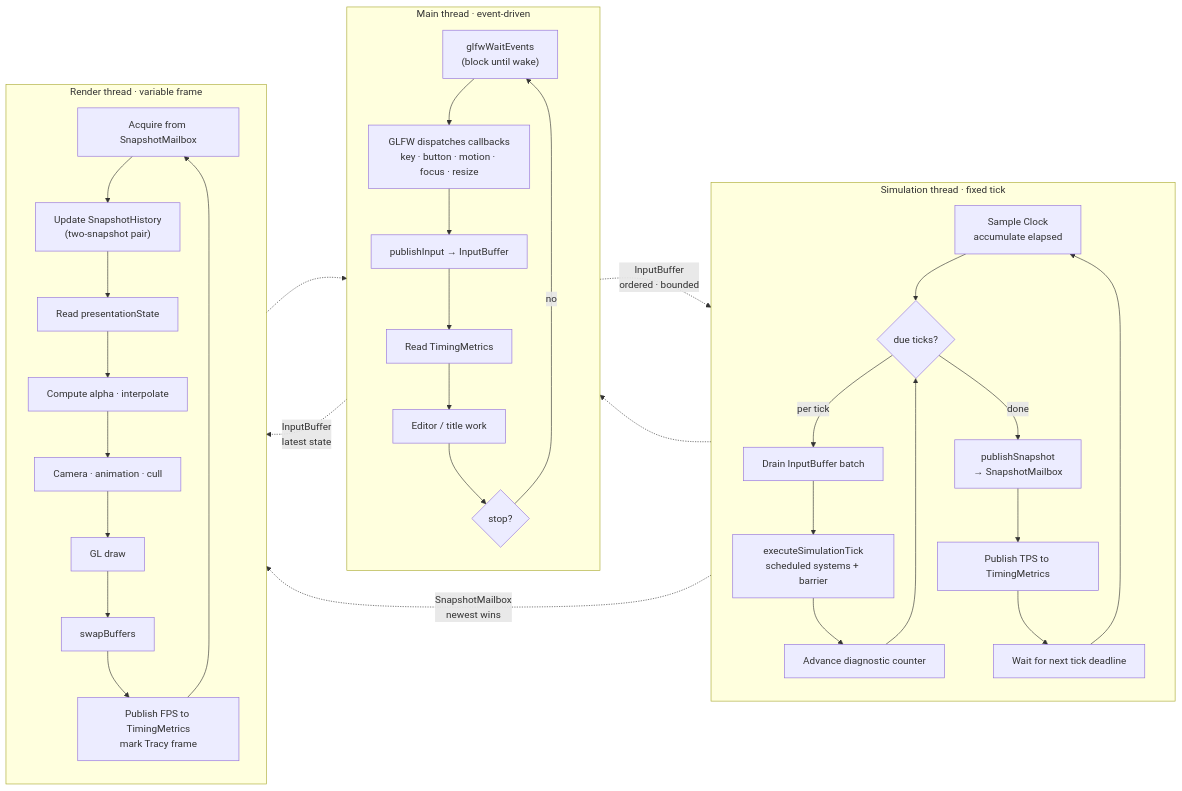
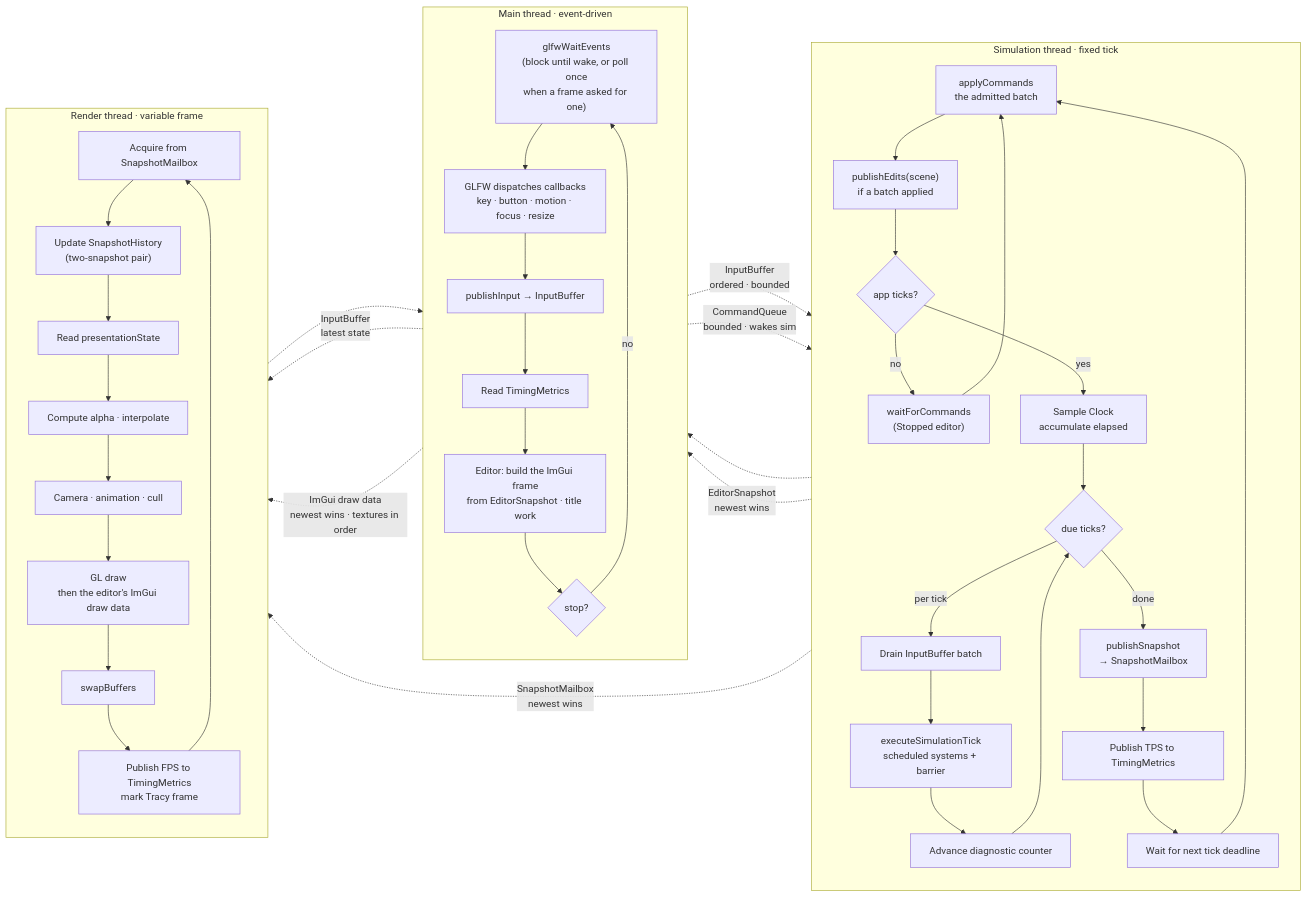
The first of 2 diagrams in 04 Design Docs/Systems/Game Loop - Frame Flow.md (techattackteam/TechEngine-vault), drawn with Mermaid before and after one commit. The commit also changed other lines of this file and 14 other files, not shown here.

````diff
--- a/04 Design Docs/Systems/Game Loop - Frame Flow.md
+++ b/04 Design Docs/Systems/Game Loop - Frame Flow.md
@@ -40,48 +40,57 @@
 ```mermaid
 flowchart LR
     subgraph Main["Main thread · event-driven"]
         direction TB
-        M1["glfwWaitEvents<br/>(block until wake)"]
+        M1["glfwWaitEvents<br/>(block until wake, or poll once<br/>when a frame asked for one)"]
         M2["GLFW dispatches callbacks<br/>key · button · motion · focus · resize"]
         M3["publishInput → InputBuffer"]
         M4["Read TimingMetrics"]
-        M5["Editor / title work"]
+        M5["Editor: build the ImGui frame<br/>from EditorSnapshot · title work"]
         M6{"stop?"}
         M1 --> M2 --> M3 --> M4 --> M5 --> M6
         M6 -->|no| M1
     end
 
     subgraph Sim["Simulation thread · fixed tick"]
         direction TB
+        S0["applyCommands<br/>the admitted batch"]
+        S0a["publishEdits(scene)<br/>if a batch applied"]
+        S0b{"app ticks?"}
+        S0c["waitForCommands<br/>(Stopped editor)"]
         S1["Sample Clock<br/>accumulate elapsed"]
         S2{"due ticks?"}
         S3["Drain InputBuffer batch"]
         S4["executeSimulationTick<br/>scheduled systems + barrier"]
         S5["Advance diagnostic counter"]
         S6["publishSnapshot<br/>→ SnapshotMailbox"]
         S7["Publish TPS to TimingMetrics"]
         S8["Wait for next tick deadline"]
-        S1 --> S2
+        S0 --> S0a --> S0b
+        S0b -->|no| S0c --> S0
+        S0b -->|yes| S1 --> S2
         S2 -->|"per tick"| S3 --> S4 --> S5 --> S2
-        S2 -->|"done"| S6 --> S7 --> S8 --> S1
+        S2 -->|"done"| S6 --> S7 --> S8 --> S0
     end
 
     subgraph Render["Render thread · variable frame"]
         direction TB
         R1["Acquire from SnapshotMailbox"]
         R2["Update SnapshotHistory<br/>(two-snapshot pair)"]
         R3["Read presentationState"]
         R4["Compute alpha · interpolate"]
         R5["Camera · animation · cull"]
-        R6["GL draw"]
+        R6["GL draw<br/>then the editor's ImGui draw data"]
         R7["swapBuffers"]
         R8["Publish FPS to TimingMetrics<br/>mark Tracy frame"]
         R1 --> R2 --> R3 --> R4 --> R5 --> R6 --> R7 --> R8 --> R1
     end
 
     M3 -.->|"InputBuffer<br/>ordered · bounded"| S3
     M3 -.->|"InputBuffer<br/>latest state"| R3
     S6 -.->|"SnapshotMailbox<br/>newest wins"| R1
     S7 -.-> M4
+    M5 -.->|"CommandQueue<br/>bounded · wakes sim"| S0
+    S0a -.->|"EditorSnapshot<br/>newest wins"| M5
+    M5 -.->|"ImGui draw data<br/>newest wins · textures in order"| R6
     R8 -.-> M4
 ```
````
